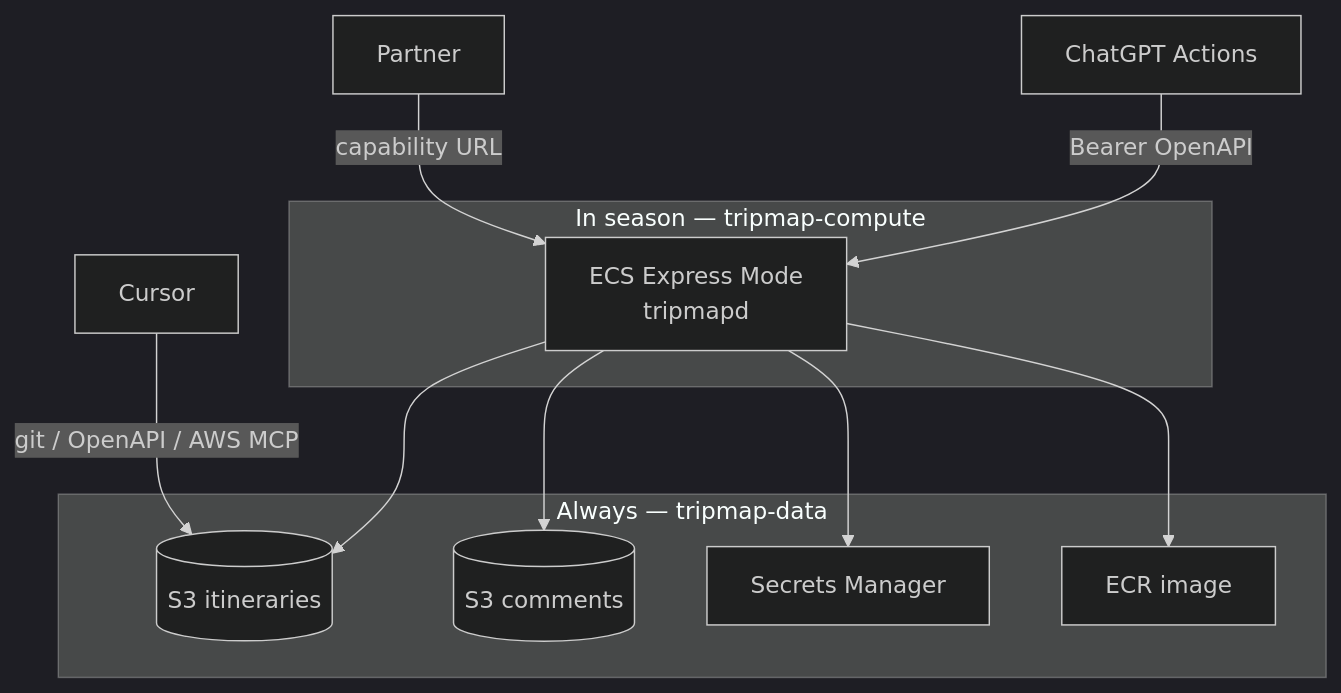
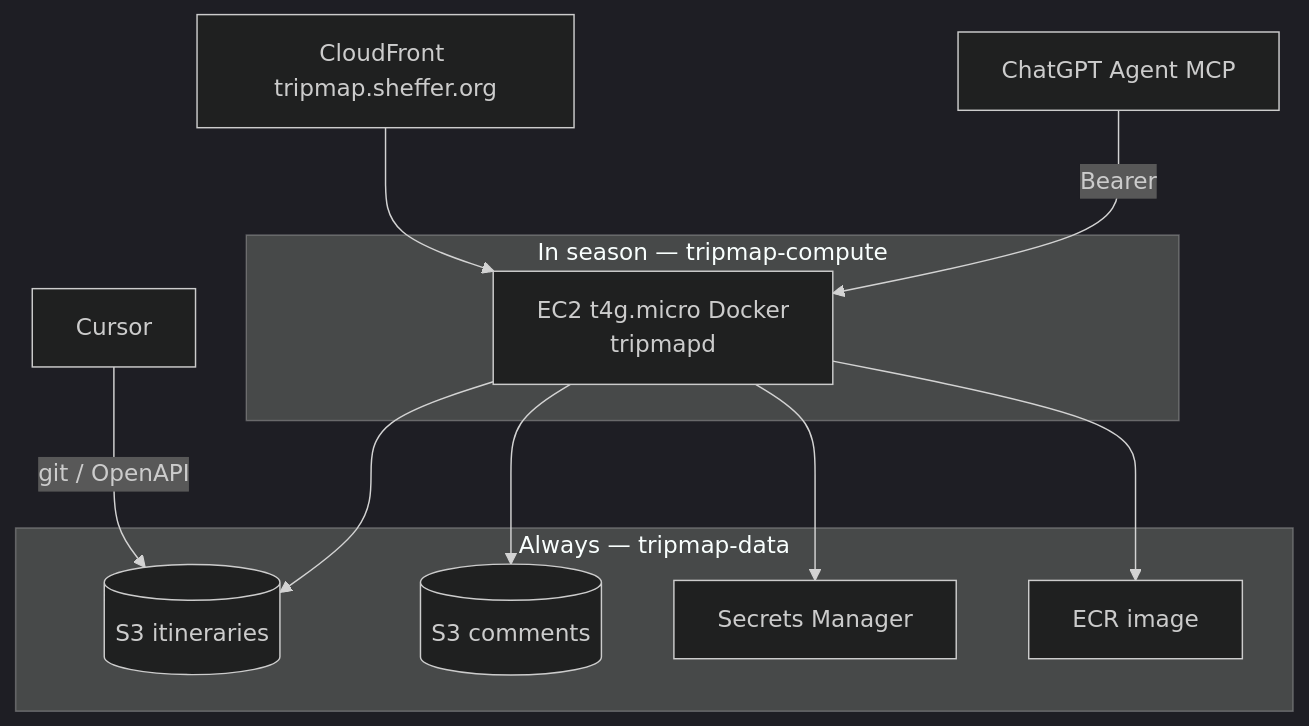
Before and after one commit to yaronf/tripmap: the diagram in docs/aws-deployment.md, drawn with Mermaid (dark theme). The commit also changed other lines of this file and 15 other files, not shown here.

First line of the commit message:
Migrate seasonal compute from ECS Express to EC2.

````diff
--- a/docs/aws-deployment.md
+++ b/docs/aws-deployment.md
@@ -119,21 +117,21 @@
 ```mermaid
 flowchart TB
   subgraph season [In season — tripmap-compute]
-    ecs[ECS Express Mode<br/>tripmapd]
+    ec2[EC2 t4g.micro Docker<br/>tripmapd]
   end
 
   subgraph always [Always — tripmap-data]
     s3y[(S3 itineraries)]
     s3c[(S3 comments)]
     sm[Secrets Manager]
     ecr[ECR image]
   end
 
-  partner[Partner] -->|capability URL| ecs
-  gpt[ChatGPT Actions] -->|Bearer OpenAPI| ecs
-  cursor[Cursor] -->|git / OpenAPI / AWS MCP| s3y
-  ecs --> s3y
-  ecs --> s3c
-  ecs --> sm
-  ecs --> ecr
+  cf[CloudFront tripmap.sheffer.org] --> ec2
+  gpt[ChatGPT Agent MCP] -->|Bearer| ec2
+  cursor[Cursor] -->|git / OpenAPI| s3y
+  ec2 --> s3y
+  ec2 --> s3c
+  ec2 --> sm
+  ec2 --> ecr
 ```
````
